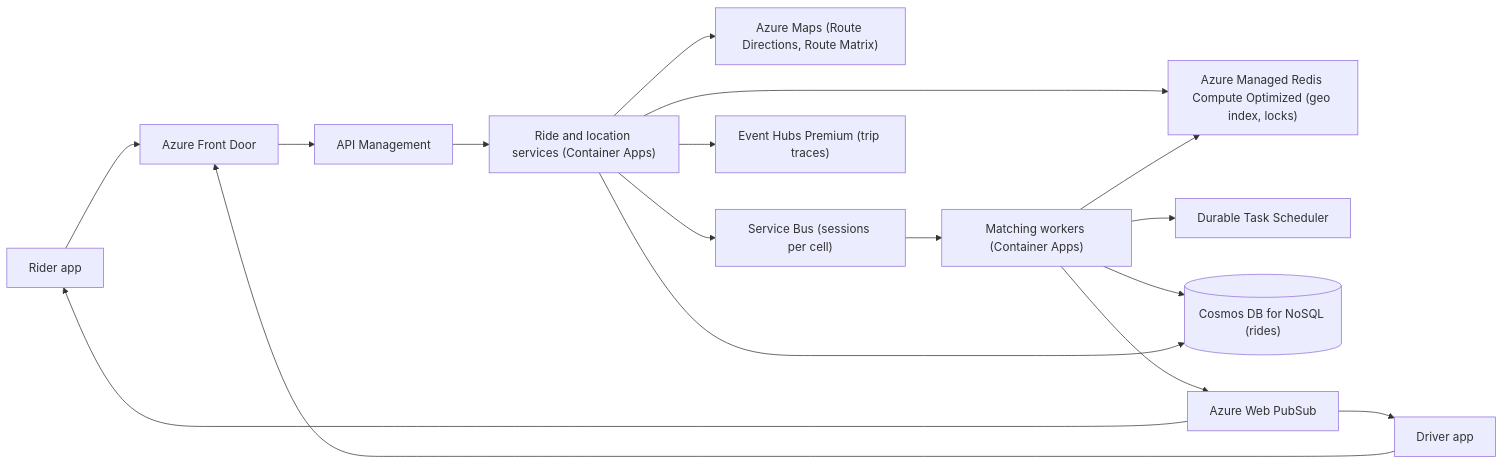
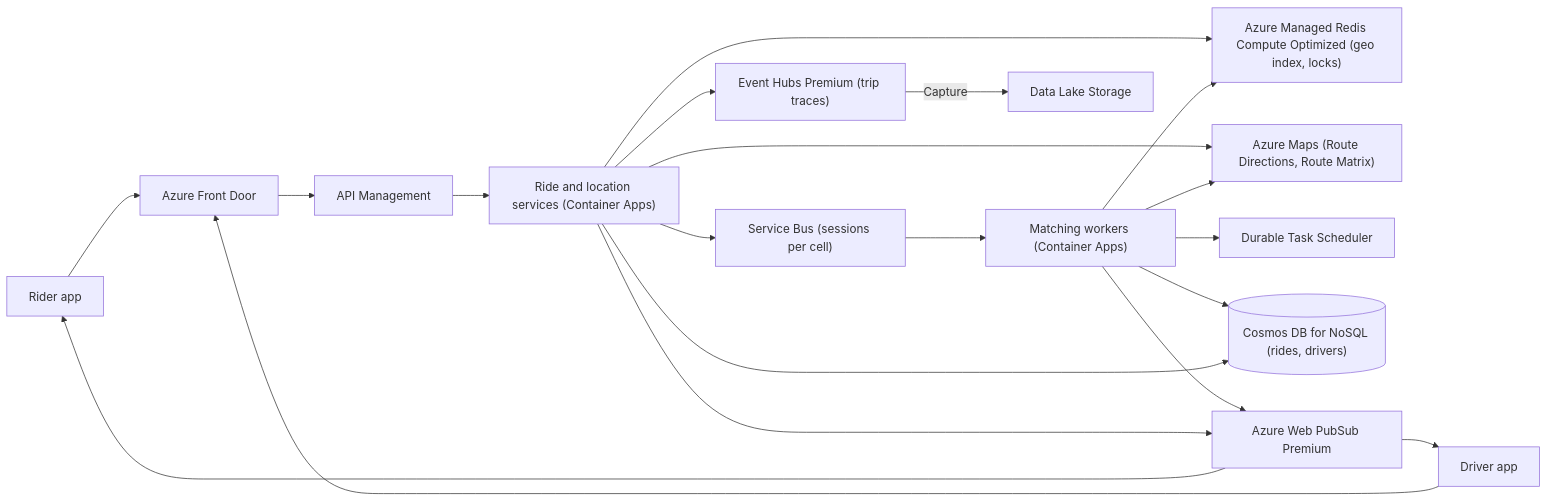
The ninth of 9 diagrams in docs/06-case-studies/ride-sharing.md (spabolu/system-design-modern), drawn with Mermaid before and after one commit. The commit also changed other lines of this file, not shown here.

````diff
--- a/docs/06-case-studies/ride-sharing.md
+++ b/docs/06-case-studies/ride-sharing.md
@@ -146,19 +418,22 @@
 ```mermaid
 flowchart LR
   R[Rider app] --> FD[Azure Front Door]
   D[Driver app] --> FD
   FD --> APIM[API Management]
   APIM --> RS["Ride and location services (Container Apps)"]
   RS --> AMR["Azure Managed Redis Compute Optimized (geo index, locks)"]
   RS --> MAPS["Azure Maps (Route Directions, Route Matrix)"]
   RS --> SB["Service Bus (sessions per cell)"]
   SB --> MW["Matching workers (Container Apps)"]
   MW --> DTS[Durable Task Scheduler]
   MW --> AMR
-  MW --> COS[("Cosmos DB for NoSQL (rides)")]
+  MW --> MAPS
+  MW --> COS[("Cosmos DB for NoSQL (rides, drivers)")]
   RS --> COS
-  MW --> WPS[Azure Web PubSub]
+  MW --> WPS[Azure Web PubSub Premium]
+  RS --> WPS
   WPS --> R
   WPS --> D
   RS --> EH["Event Hubs Premium (trip traces)"]
+  EH -->|"Capture"| DL[Data Lake Storage]
 ```
````
